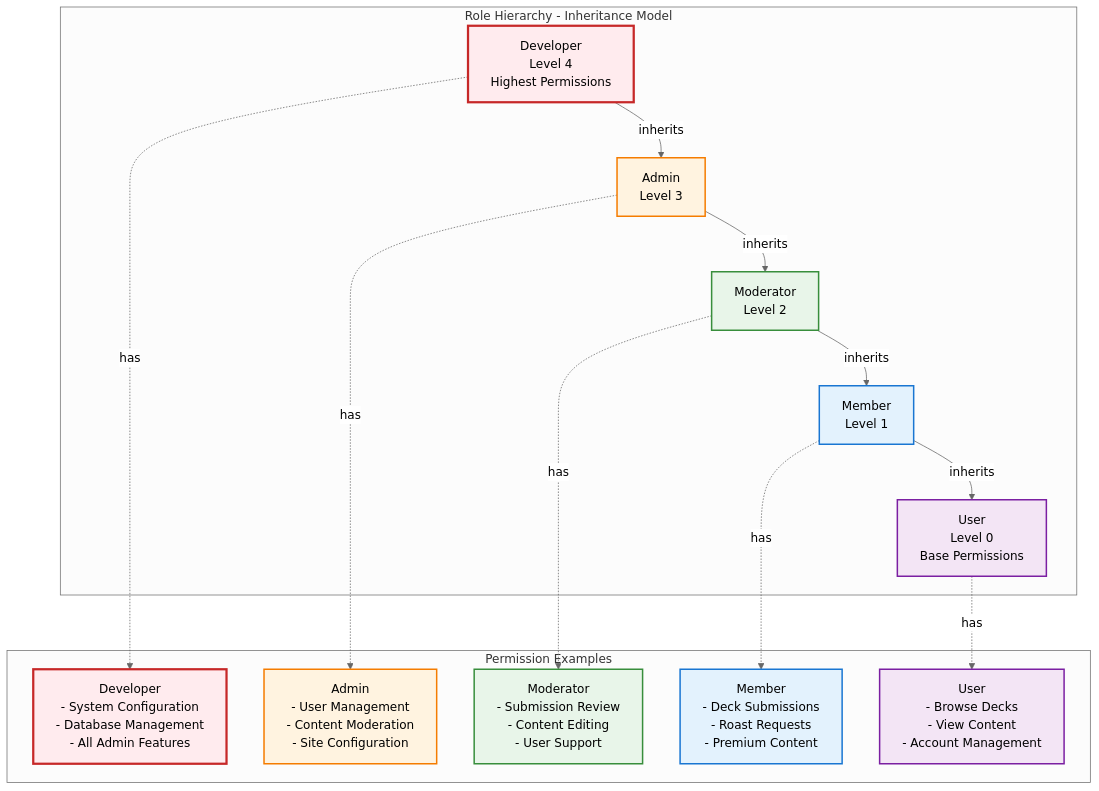
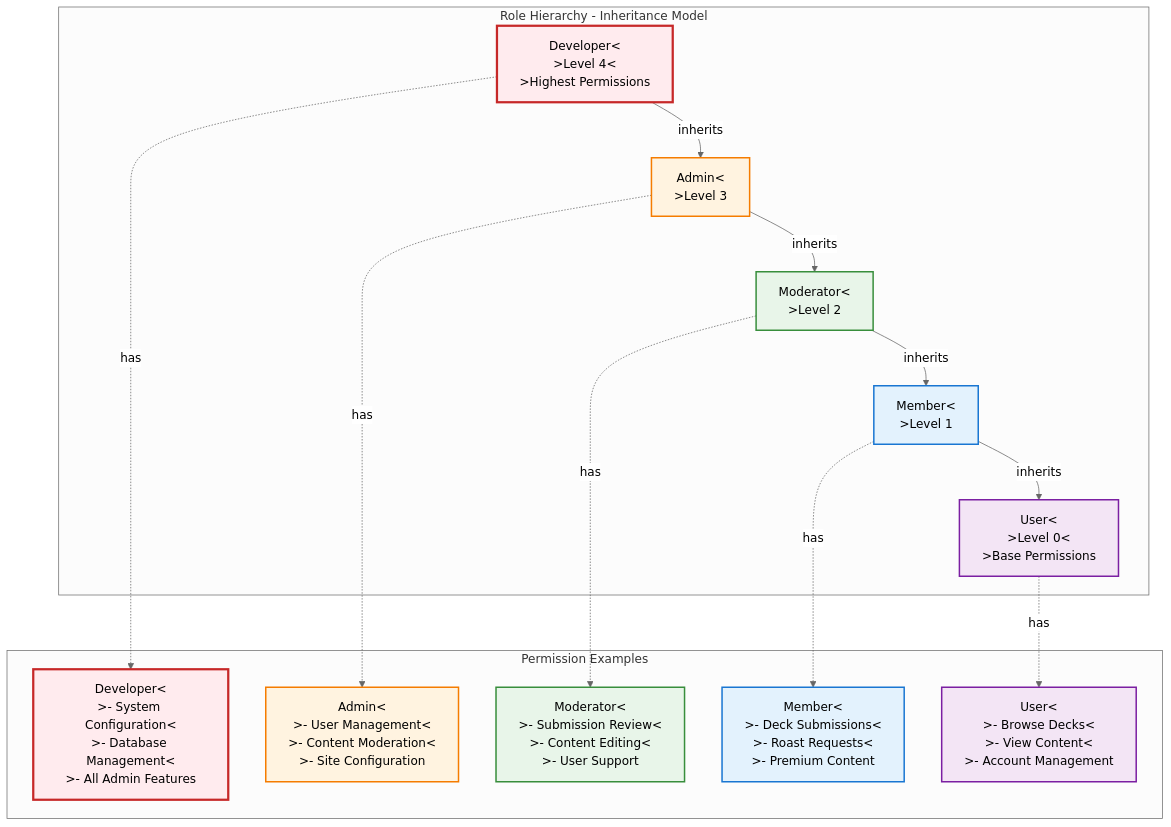
The fourth of 5 diagrams in docs/diagrams/authentication-flow.md (the-muppet/defcat-website), drawn with Mermaid (neutral theme) before and after one commit. The commit also changed other lines of this file and 6 other files, not shown here.

Commit message:
Standardize mermaid <br> line breaks in documentation diagrams

````diff
--- a/docs/diagrams/authentication-flow.md
+++ b/docs/diagrams/authentication-flow.md
@@ -175,42 +175,42 @@
 ```mermaid
 graph TB
     subgraph "Role Hierarchy - Inheritance Model"
-        Developer[Developer<br/>Level 4<br/>Highest Permissions]
-        Admin[Admin<br/>Level 3]
-        Moderator[Moderator<br/>Level 2]
-        Member[Member<br/>Level 1]
-        User[User<br/>Level 0<br/>Base Permissions]
+        Developer[Developer<<br>>Level 4<<br>>Highest Permissions]
+        Admin[Admin<<br>>Level 3]
+        Moderator[Moderator<<br>>Level 2]
+        Member[Member<<br>>Level 1]
+        User[User<<br>>Level 0<<br>>Base Permissions]
     end
 
     Developer -->|inherits| Admin
     Admin -->|inherits| Moderator
     Moderator -->|inherits| Member
     Member -->|inherits| User
 
     subgraph "Permission Examples"
-        DevPerms[Developer<br/>- System Configuration<br/>- Database Management<br/>- All Admin Features]
-        AdminPerms[Admin<br/>- User Management<br/>- Content Moderation<br/>- Site Configuration]
-        ModPerms[Moderator<br/>- Submission Review<br/>- Content Editing<br/>- User Support]
-        MemberPerms[Member<br/>- Deck Submissions<br/>- Roast Requests<br/>- Premium Content]
-        UserPerms[User<br/>- Browse Decks<br/>- View Content<br/>- Account Management]
+        DevPerms[Developer<<br>>- System Configuration<<br>>- Database Management<<br>>- All Admin Features]
+        AdminPerms[Admin<<br>>- User Management<<br>>- Content Moderation<<br>>- Site Configuration]
+        ModPerms[Moderator<<br>>- Submission Review<<br>>- Content Editing<<br>>- User Support]
+        MemberPerms[Member<<br>>- Deck Submissions<<br>>- Roast Requests<<br>>- Premium Content]
+        UserPerms[User<<br>>- Browse Decks<<br>>- View Content<<br>>- Account Management]
     end
 
     Developer -.has.-> DevPerms
     Admin -.has.-> AdminPerms
     Moderator -.has.-> ModPerms
     Member -.has.-> MemberPerms
     User -.has.-> UserPerms
 
     %% Styling
     classDef highest fill:#ffebee,stroke:#c62828,stroke-width:3px
     classDef high fill:#fff3e0,stroke:#f57c00,stroke-width:2px
     classDef medium fill:#e8f5e9,stroke:#388e3c,stroke-width:2px
     classDef low fill:#e3f2fd,stroke:#1976d2,stroke-width:2px
     classDef base fill:#f3e5f5,stroke:#7b1fa2,stroke-width:2px
 
     class Developer,DevPerms highest
     class Admin,AdminPerms high
     class Moderator,ModPerms medium
     class Member,MemberPerms low
     class User,UserPerms base
 ```
````
